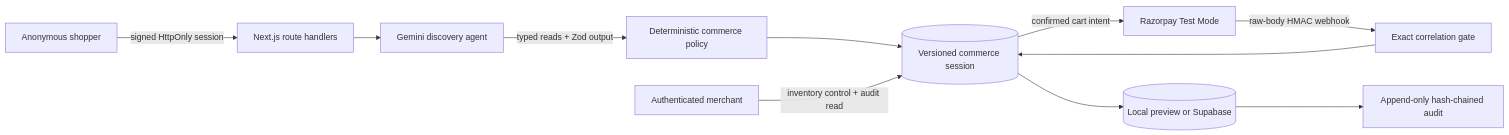
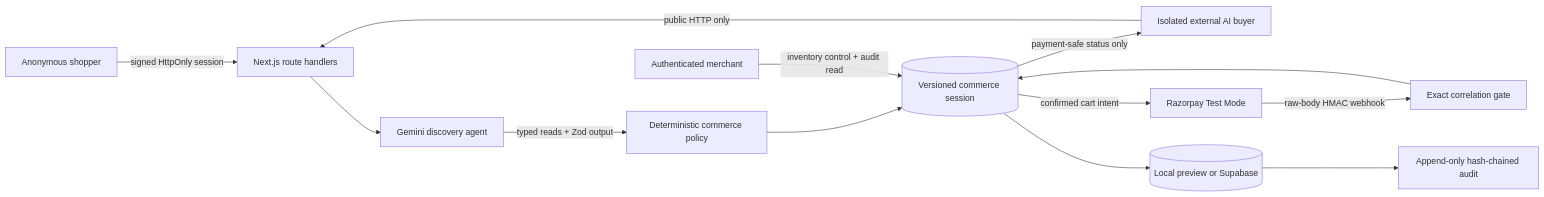
Before and after one commit to itag776/choosy: the diagram in ARCHITECTURE.md, drawn with Mermaid. The commit also changed other lines of this file and 57 other files, not shown here.

````diff
--- a/ARCHITECTURE.md
+++ b/ARCHITECTURE.md
@@ -5,13 +5,15 @@
 ```mermaid
 flowchart LR
   S[Anonymous shopper] -->|signed HttpOnly session| API[Next.js route handlers]
+  B[Isolated external AI buyer] -->|public HTTP only| API
   API --> A[Gemini discovery agent]
   A -->|typed reads + Zod output| P[Deterministic commerce policy]
   P --> C[(Versioned commerce session)]
   M[Authenticated merchant] -->|inventory control + audit read| C
   C -->|confirmed cart intent| R[Razorpay Test Mode]
   R -->|raw-body HMAC webhook| W[Exact correlation gate]
   W --> C
+  C -->|payment-safe status only| B
   C --> D[(Local preview or Supabase)]
   D --> E[Append-only hash-chained audit]
 ```
````
